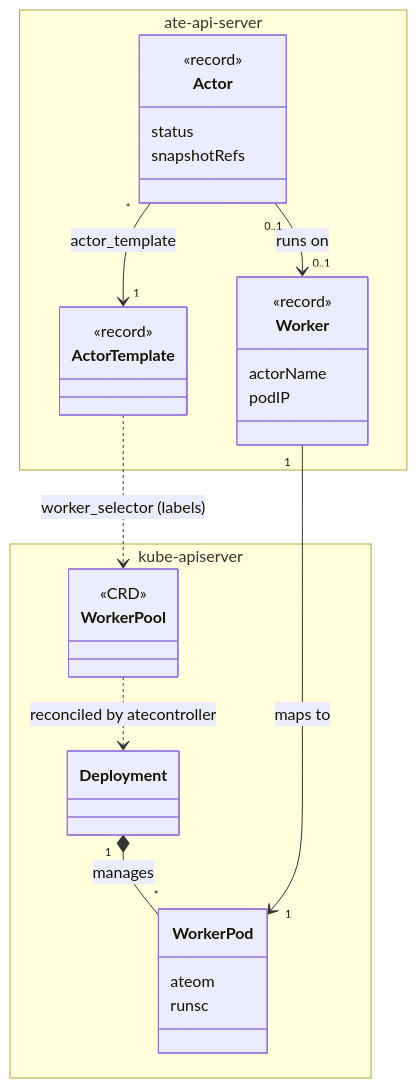
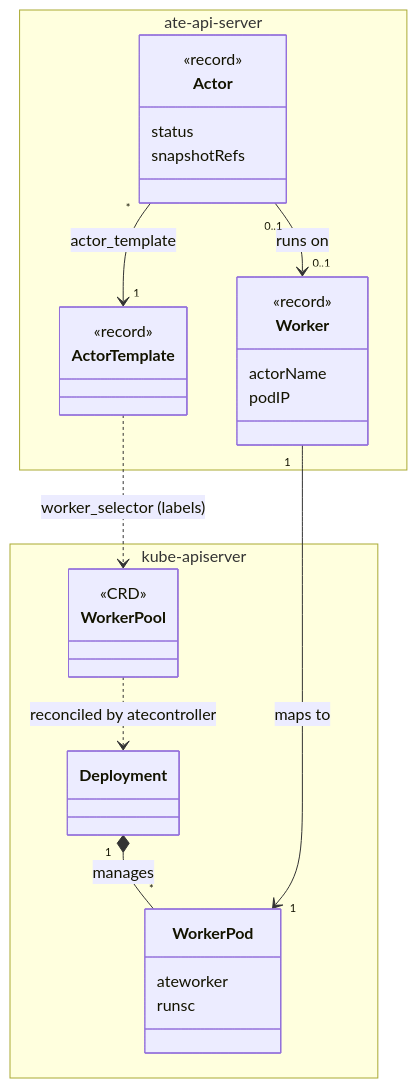
One commit to agent-substrate/substrate changed the first of 3 diagrams in docs/architecture.md. Above: the diagram before and after it, drawn with Mermaid. The commit also changed other lines of this file and 23 other files, not shown here.

````diff
--- a/docs/architecture.md
+++ b/docs/architecture.md
@@ -268,36 +268,36 @@
 ```mermaid
 classDiagram
     namespace kube-apiserver {
         class WorkerPool {
             <<CRD>>
         }
         class Deployment
         class WorkerPod {
-            ateom
+            ateworker
             runsc
         }
     }
 
     namespace ate-api-server {
         class ActorTemplate {
             <<record>>
         }
         class Actor {
             <<record>>
             status
             snapshotRefs
         }
         class Worker {
             <<record>>
             actorName
             podIP
         }
     }
 
     ActorTemplate ..> WorkerPool : worker_selector (labels)
     WorkerPool ..> Deployment : reconciled by atecontroller
     Deployment "1" *-- "*" WorkerPod : manages
     Actor "*" --> "1" ActorTemplate : actor_template
     Actor "0..1" --> "0..1" Worker : runs on
     Worker "1" --> "1" WorkerPod : maps to
 ```
````
